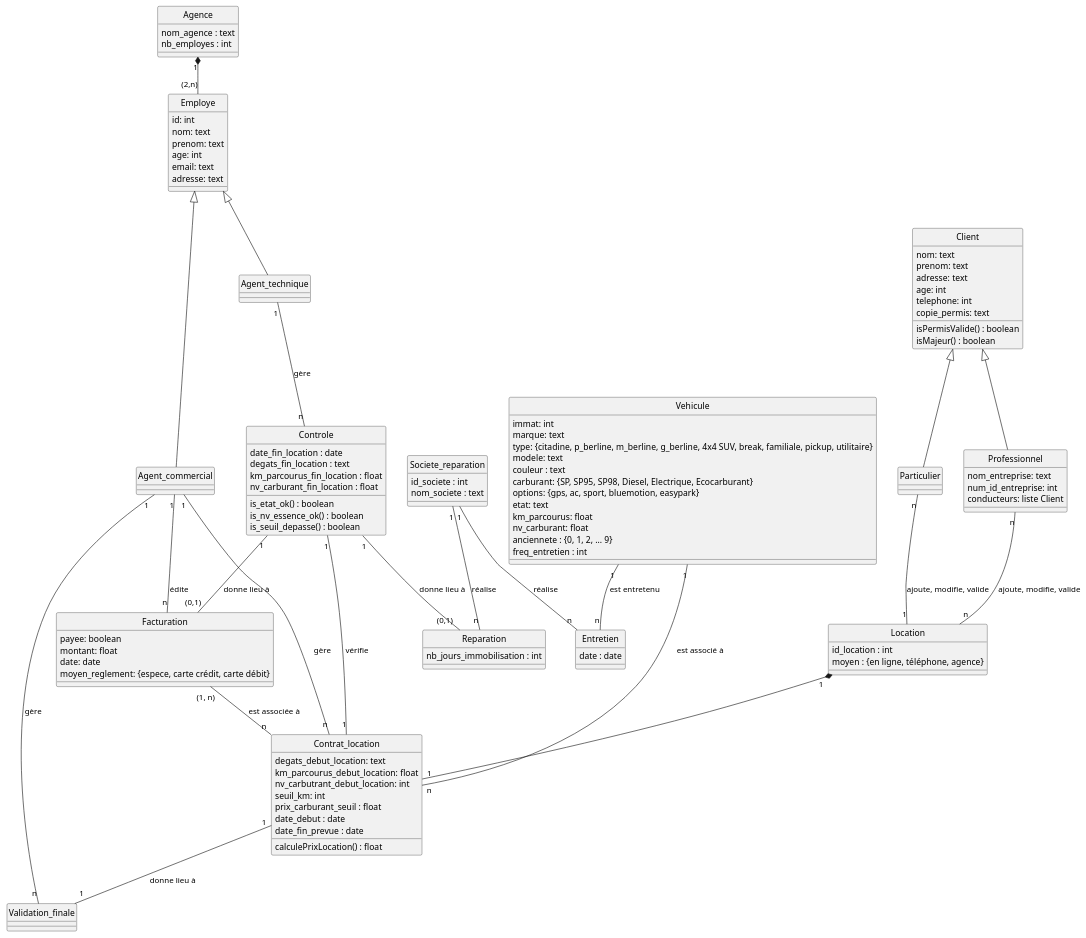
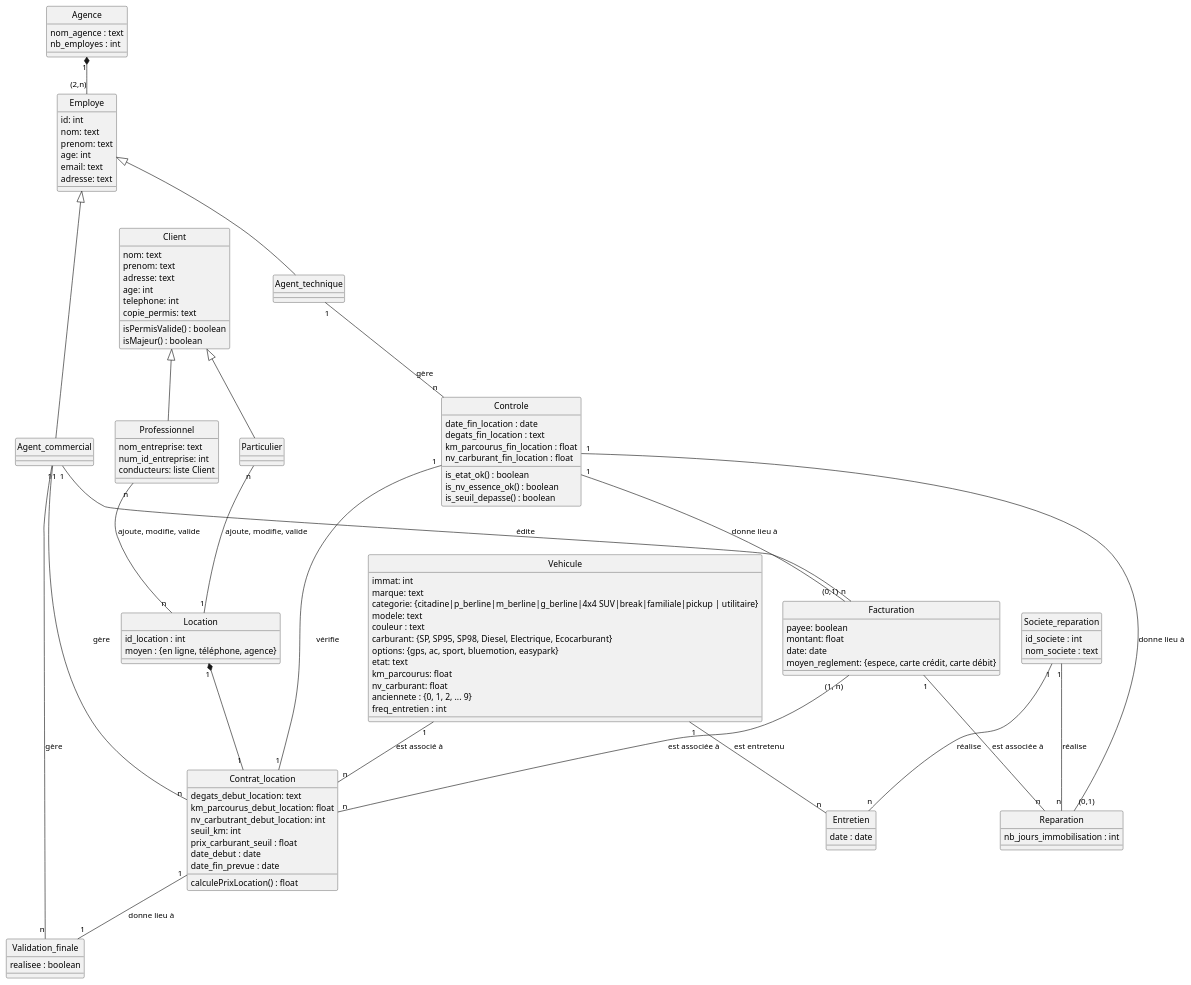
One commit to fouany/BDD-NF17 changed the diagram in MCD.plantuml. Above: the diagram before and after it, drawn with PlantUML. The commit also changed 1 other file, not shown here.

```diff
--- a/MCD.plantuml
+++ b/MCD.plantuml
@@ -1,137 +1,139 @@
 @startuml
 hide circle
 
 class Vehicule{
   immat: int
   marque: text
-  type: {citadine, p_berline, m_berline, g_berline, 4x4 SUV, break, familiale, pickup, utilitaire}
+  categorie: {citadine|p_berline|m_berline|g_berline|4x4 SUV|break|familiale|pickup | utilitaire}
   modele: text
   couleur : text
   carburant: {SP, SP95, SP98, Diesel, Electrique, Ecocarburant}
   options: {gps, ac, sport, bluemotion, easypark}
   etat: text
   km_parcourus: float
   nv_carburant: float
   anciennete : {0, 1, 2, ... 9}
   freq_entretien : int
 }
 
 class Agence{
   nom_agence : text
   nb_employes : int
 }
 
 class Employe{
   id: int
   nom: text
   prenom: text
   age: int
   email: text
   adresse: text
 }
 
 class Agent_commercial{}
 
 class Agent_technique{}
 
 class Societe_reparation{
   id_societe : int
   nom_societe : text
 }
 
 class Client{
   nom: text
   prenom: text
   adresse: text
   age: int
   telephone: int
   copie_permis: text
   isPermisValide() : boolean
   isMajeur() : boolean 
 }
 
 class Particulier{}
 
 class Professionnel{
   nom_entreprise: text
   num_id_entreprise: int
   conducteurs: liste Client
 }
 
 class Location{
   id_location : int
   moyen : {en ligne, téléphone, agence}
 }
 
 class Contrat_location{
   degats_debut_location: text
   km_parcourus_debut_location: float
   nv_carbutrant_debut_location: int
   seuil_km: int
   prix_carburant_seuil : float
   date_debut : date
   date_fin_prevue : date
   calculePrixLocation() : float
 }
 
 class Facturation{
   payee: boolean
   montant: float
   date: date
   moyen_reglement: {espece, carte crédit, carte débit}
 }
 
-class Validation_finale{}
+class Validation_finale{
+  realisee : boolean
+}
 
 class Entretien{
   date : date
 }
 
 class Controle{
   date_fin_location : date
   degats_fin_location : text
   km_parcourus_fin_location : float
   nv_carburant_fin_location : float
   is_etat_ok() : boolean 
   is_nv_essence_ok() : boolean
   is_seuil_depasse() : boolean
 }
 
 class Reparation{
   nb_jours_immobilisation : int
 }
 
 Location "1" *-- "1" Contrat_location
 Agence "1" *-- "(2,n)" Employe
 
-
 Employe <|-- Agent_technique
 Employe <|-- Agent_commercial
 
 Client <|-- Particulier
 Client <|-- Professionnel
 
 Particulier "n" -- "1" Location : ajoute, modifie, valide
 Professionnel "n" -- "n" Location : ajoute, modifie, valide
 
 Agent_commercial "1" -- "n" Contrat_location : gère 
 Agent_commercial "1" -- "n" Facturation : édite
 Agent_commercial "1" -- "n" Validation_finale : gère
 
 Agent_technique "1" -- "n" Controle : gère
 
 Contrat_location "1" -- "1" Validation_finale : donne lieu à
 
 Vehicule "1" -- "n" Contrat_location : est associé à  
 Vehicule "1" -- "n" Entretien : est entretenu
 
+Facturation "1" -- "n" Reparation : est associée à
 Facturation "(1, n)" -- "n" Contrat_location : est associée à
 
 Controle "1" -- "1" Contrat_location : vérifie
 Controle "1" -- "(0,1)" Reparation : donne lieu à 
 Controle "1" -- "(0,1)" Facturation : donne lieu à 
 
 Societe_reparation "1" -- "n" Entretien : réalise
 Societe_reparation "1" -- "n" Reparation : réalise
 
 @enduml
```
